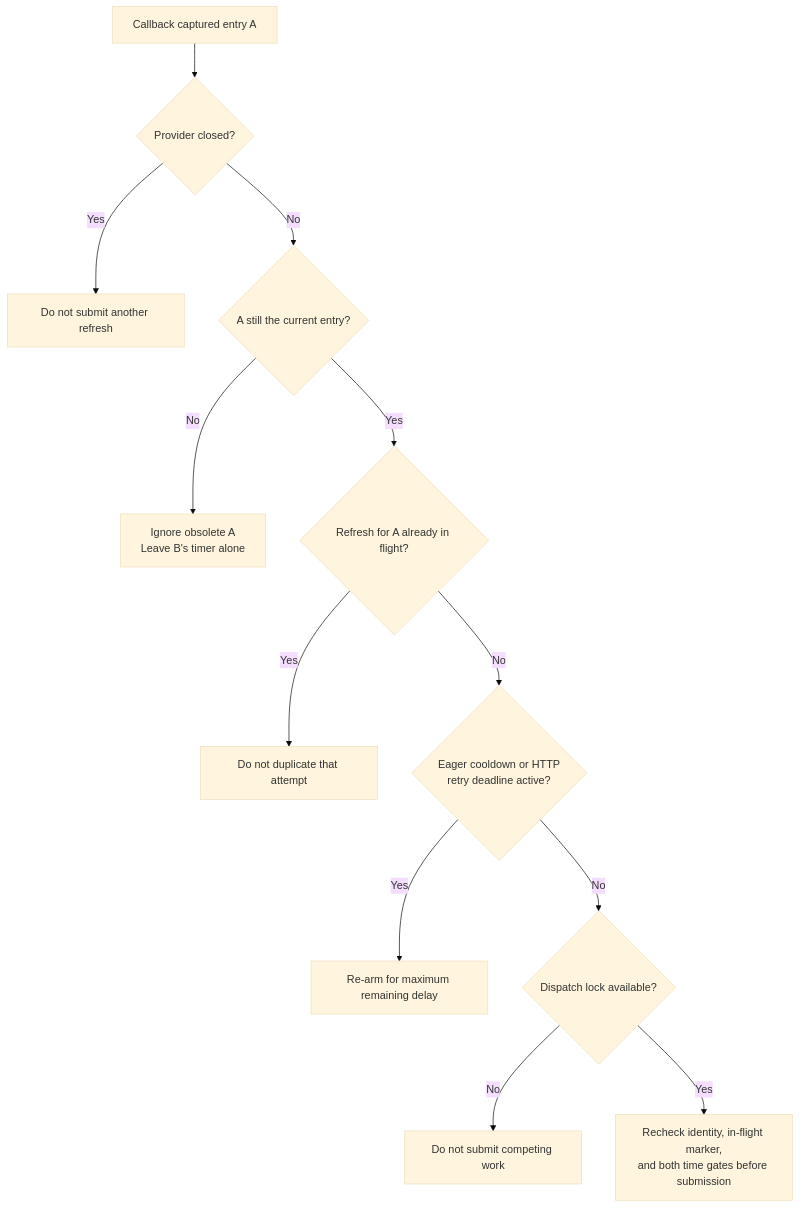
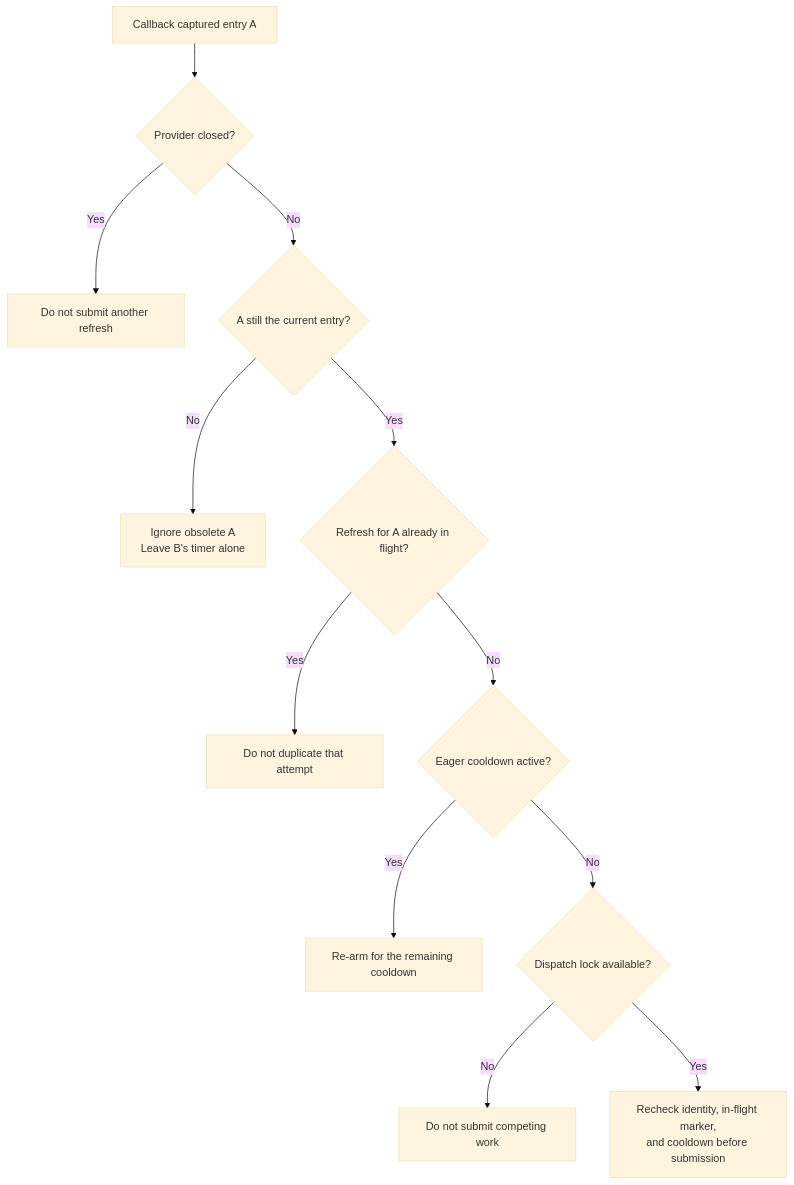
The tenth of 11 diagrams in jwt-client/docs/eager-preemptive-refresh/README.md (entur/jwt-resource-server), drawn with Mermaid (base theme) before and after one commit. The commit also changed other lines of this file and 6 other files, not shown here.

First line of the commit message:
Remove the retry deadline supplier from the preemptive cache

````diff
--- a/jwt-client/docs/eager-preemptive-refresh/README.md
+++ b/jwt-client/docs/eager-preemptive-refresh/README.md
@@ -282,14 +282,14 @@
 ```mermaid
 flowchart TD
     A["Callback captured entry A"] --> Closed{"Provider closed?"}
     Closed -->|Yes| Stop["Do not submit another refresh"]
     Closed -->|No| Current{"A still the current entry?"}
     Current -->|No| Stale["Ignore obsolete A<br/>Leave B's timer alone"]
     Current -->|Yes| Inflight{"Refresh for A already in flight?"}
     Inflight -->|Yes| Existing["Do not duplicate that attempt"]
-    Inflight -->|No| Cooldown{"Eager cooldown or HTTP<br/>retry deadline active?"}
-    Cooldown -->|Yes| Rearm["Re-arm for maximum remaining delay"]
+    Inflight -->|No| Cooldown{"Eager cooldown active?"}
+    Cooldown -->|Yes| Rearm["Re-arm for the remaining cooldown"]
     Cooldown -->|No| Lock{"Dispatch lock available?"}
     Lock -->|No| Skip["Do not submit competing work"]
-    Lock -->|Yes| Recheck["Recheck identity, in-flight marker,<br/>and both time gates before submission"]
+    Lock -->|Yes| Recheck["Recheck identity, in-flight marker,<br/>and cooldown before submission"]
 ```
````
